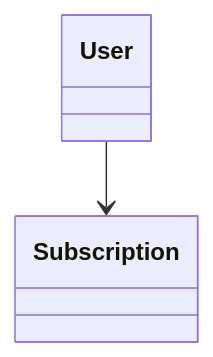
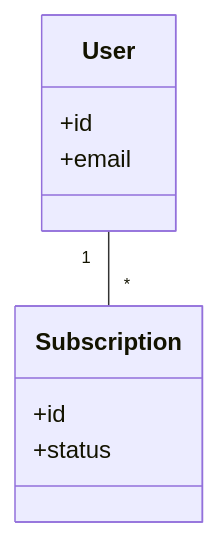
One commit to SevDev21/disney-ai-plus changed the diagram in docs/diagrams/test-2/logical.md. Above: the diagram before and after it, drawn with Mermaid. The commit also changed 5 other files, not shown here.

Commit message:
Update architecture & diagrams for project 'test-2'

````diff
--- a/docs/diagrams/test-2/logical.md
+++ b/docs/diagrams/test-2/logical.md
@@ -5,8 +5,14 @@
 ```mermaid
 classDiagram
 
-    class Subscription
-    class User
+    class User {
+        +id
+        +email
+    }
+    class Subscription {
+        +id
+        +status
+    }
 
-    User --> Subscription
+    User "1" -- "*" Subscription
 ```
````
